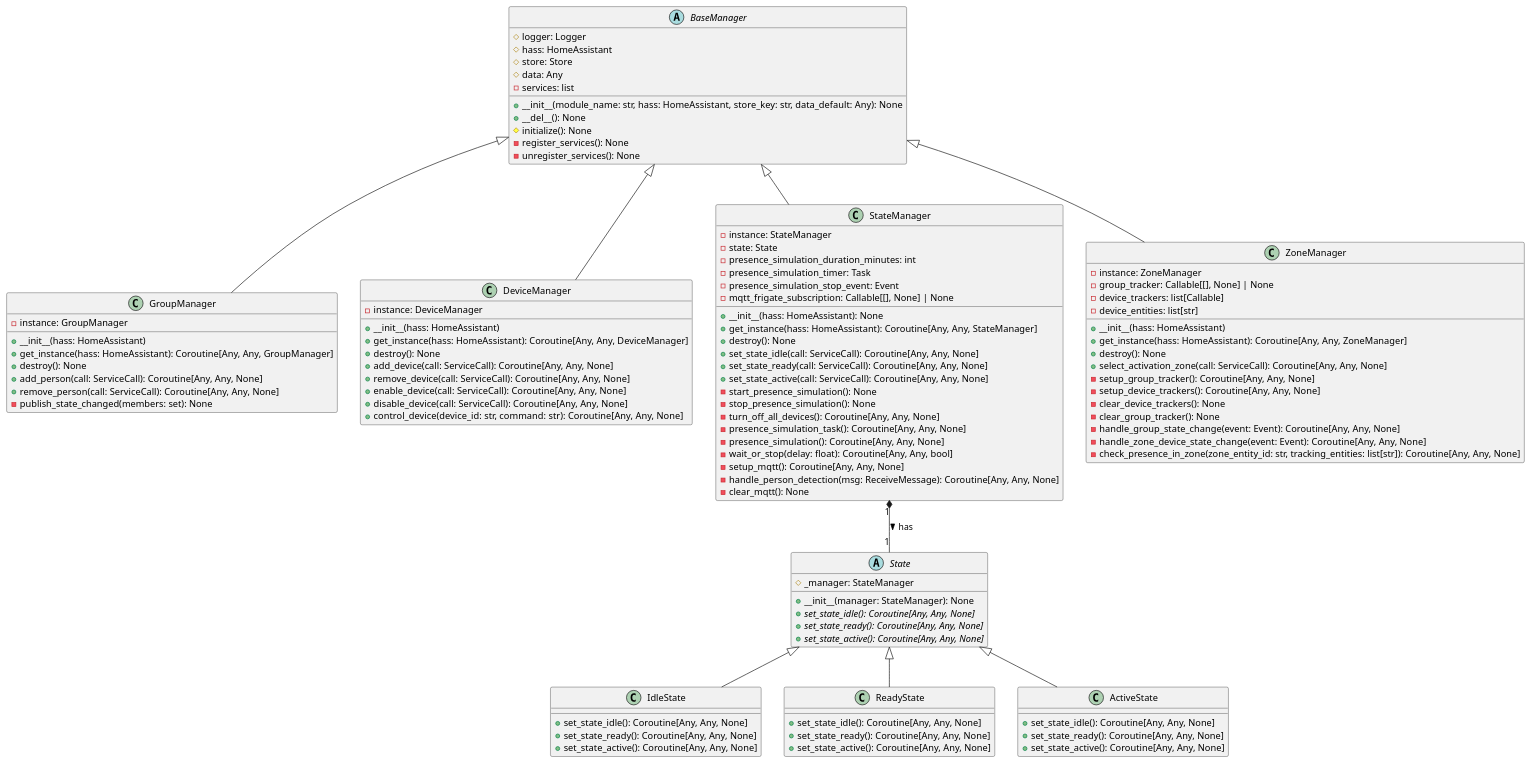
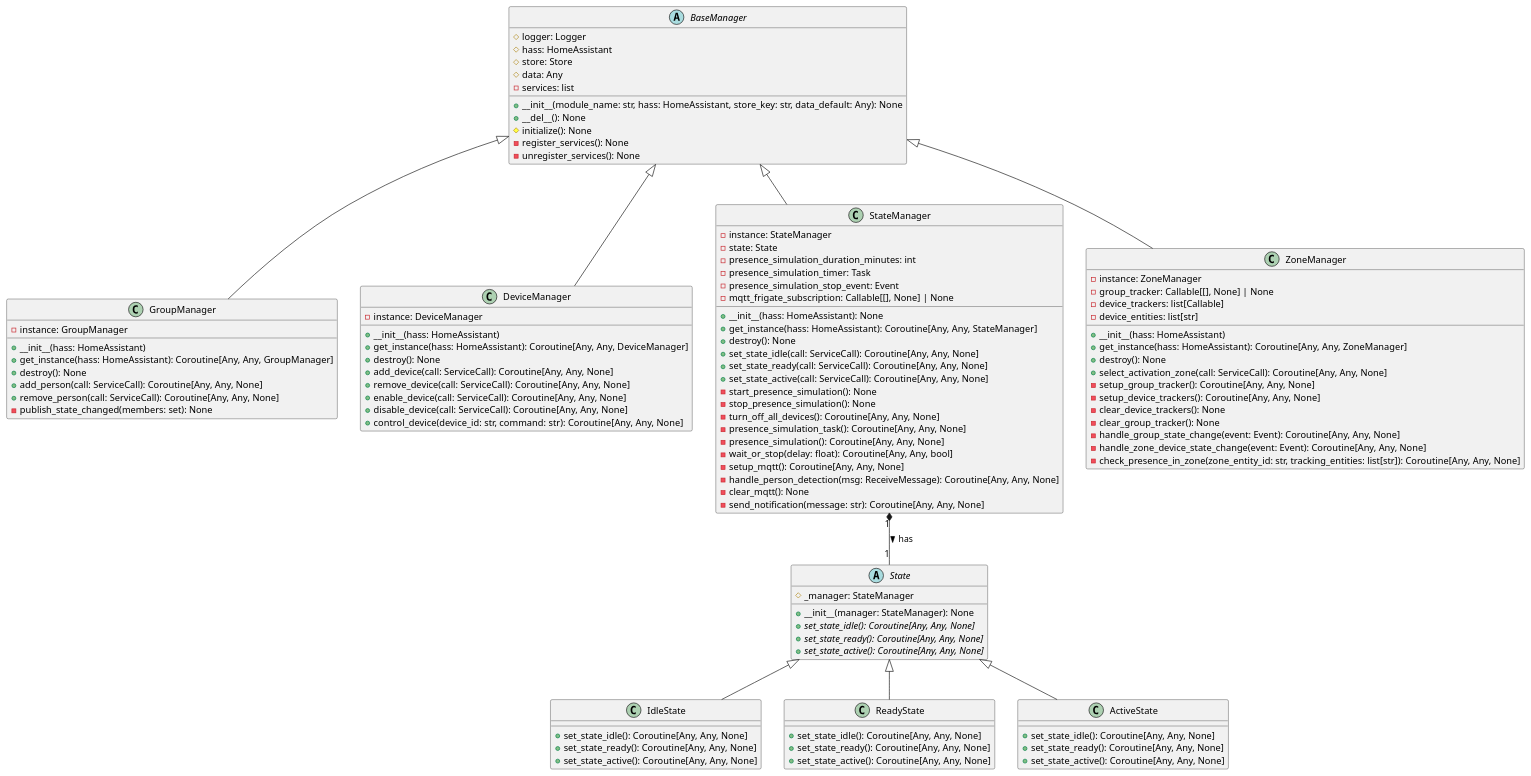
Before and after one commit to TPO-2024-2025/Varko: the diagram in docs/gradivo/plantuml/Izvedljiv sistem/diagram-razredni.puml, drawn with PlantUML. The commit also changed 6 other files, not shown here.

```diff
--- a/docs/gradivo/plantuml/Izvedljiv sistem/diagram-razredni.puml
+++ b/docs/gradivo/plantuml/Izvedljiv sistem/diagram-razredni.puml
@@ -1,113 +1,114 @@
 @startuml
 abstract class BaseManager {
     # logger: Logger
     # hass: HomeAssistant
     # store: Store
     # data: Any
     - services: list
     + __init__(module_name: str, hass: HomeAssistant, store_key: str, data_default: Any): None
     + __del__(): None
     # initialize(): None
     - register_services(): None
     - unregister_services(): None
 }
 
 class GroupManager {
     - instance: GroupManager
     + __init__(hass: HomeAssistant)
     + get_instance(hass: HomeAssistant): Coroutine[Any, Any, GroupManager]
     + destroy(): None
     + add_person(call: ServiceCall): Coroutine[Any, Any, None]
     + remove_person(call: ServiceCall): Coroutine[Any, Any, None]
     - publish_state_changed(members: set): None
 }
 BaseManager <|-- GroupManager
 
 class DeviceManager {
     - instance: DeviceManager
     + __init__(hass: HomeAssistant)
     + get_instance(hass: HomeAssistant): Coroutine[Any, Any, DeviceManager]
     + destroy(): None
     + add_device(call: ServiceCall): Coroutine[Any, Any, None]
     + remove_device(call: ServiceCall): Coroutine[Any, Any, None]
     + enable_device(call: ServiceCall): Coroutine[Any, Any, None]
     + disable_device(call: ServiceCall): Coroutine[Any, Any, None]
     + control_device(device_id: str, command: str): Coroutine[Any, Any, None]
 }
 BaseManager <|-- DeviceManager
 
 class StateManager {
     - instance: StateManager
     - state: State
     - presence_simulation_duration_minutes: int
     - presence_simulation_timer: Task
     - presence_simulation_stop_event: Event
     - mqtt_frigate_subscription: Callable[[], None] | None
     + __init__(hass: HomeAssistant): None
     + get_instance(hass: HomeAssistant): Coroutine[Any, Any, StateManager]
     + destroy(): None
     + set_state_idle(call: ServiceCall): Coroutine[Any, Any, None]
     + set_state_ready(call: ServiceCall): Coroutine[Any, Any, None]
     + set_state_active(call: ServiceCall): Coroutine[Any, Any, None]
     - start_presence_simulation(): None
     - stop_presence_simulation(): None
     - turn_off_all_devices(): Coroutine[Any, Any, None]
     - presence_simulation_task(): Coroutine[Any, Any, None]
     - presence_simulation(): Coroutine[Any, Any, None]
     - wait_or_stop(delay: float): Coroutine[Any, Any, bool]
     - setup_mqtt(): Coroutine[Any, Any, None]
     - handle_person_detection(msg: ReceiveMessage): Coroutine[Any, Any, None]
     - clear_mqtt(): None
+    - send_notification(message: str): Coroutine[Any, Any, None]
 }
 BaseManager <|-- StateManager
 StateManager "1" *-- "1" State : has >
 
 abstract class State {
     # _manager: StateManager
     + __init__(manager: StateManager): None
     + {abstract} set_state_idle(): Coroutine[Any, Any, None]
     + {abstract} set_state_ready(): Coroutine[Any, Any, None]
     + {abstract} set_state_active(): Coroutine[Any, Any, None]
 }
 
 class IdleState {
     + set_state_idle(): Coroutine[Any, Any, None]
     + set_state_ready(): Coroutine[Any, Any, None]
     + set_state_active(): Coroutine[Any, Any, None]
 }
 State <|-- IdleState
 
 class ReadyState {
     + set_state_idle(): Coroutine[Any, Any, None]
     + set_state_ready(): Coroutine[Any, Any, None]
     + set_state_active(): Coroutine[Any, Any, None]
 }
 State <|-- ReadyState
 
 class ActiveState {
     + set_state_idle(): Coroutine[Any, Any, None]
     + set_state_ready(): Coroutine[Any, Any, None]
     + set_state_active(): Coroutine[Any, Any, None]
 }
 State <|-- ActiveState
 
 class ZoneManager {
     - instance: ZoneManager
     - group_tracker: Callable[[], None] | None
     - device_trackers: list[Callable]
     - device_entities: list[str]
     + __init__(hass: HomeAssistant)
     + get_instance(hass: HomeAssistant): Coroutine[Any, Any, ZoneManager]
     + destroy(): None
     + select_activation_zone(call: ServiceCall): Coroutine[Any, Any, None]
     - setup_group_tracker(): Coroutine[Any, Any, None]
     - setup_device_trackers(): Coroutine[Any, Any, None]
     - clear_device_trackers(): None
     - clear_group_tracker(): None
     - handle_group_state_change(event: Event): Coroutine[Any, Any, None]
     - handle_zone_device_state_change(event: Event): Coroutine[Any, Any, None]
     - check_presence_in_zone(zone_entity_id: str, tracking_entities: list[str]): Coroutine[Any, Any, None]
 }
 BaseManager <|-- ZoneManager
 
 @enduml
```
